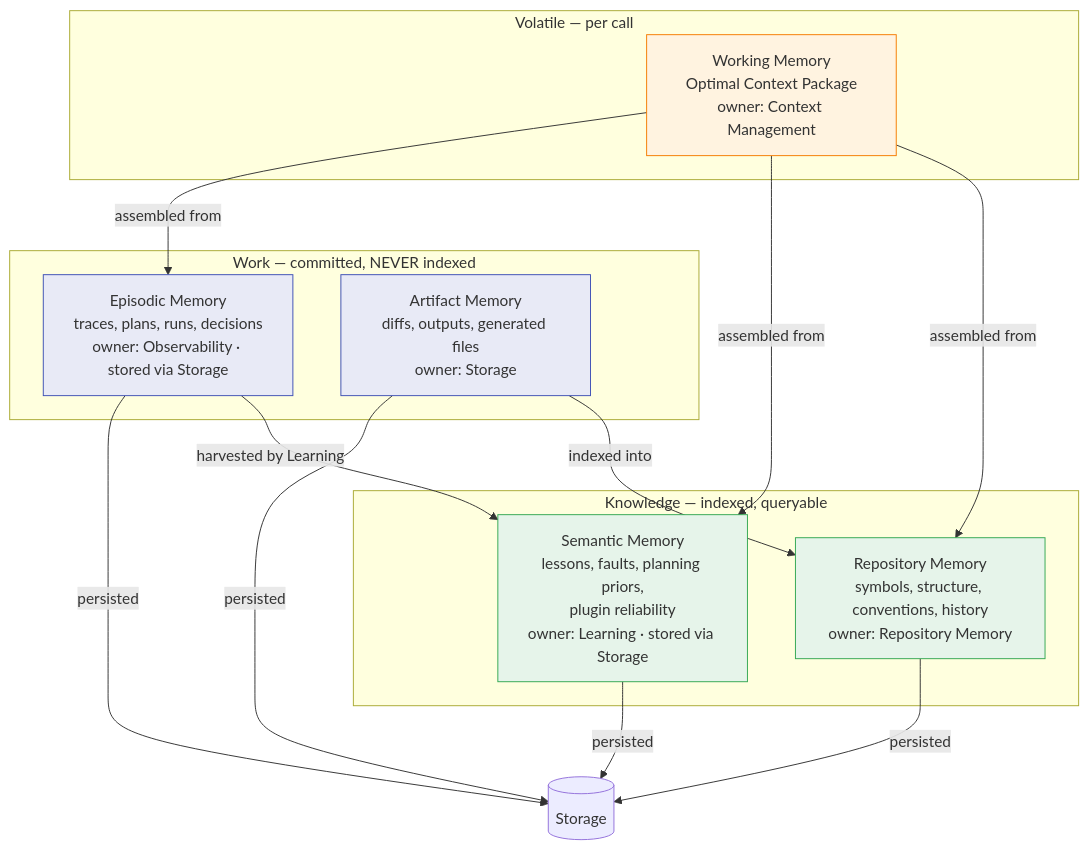
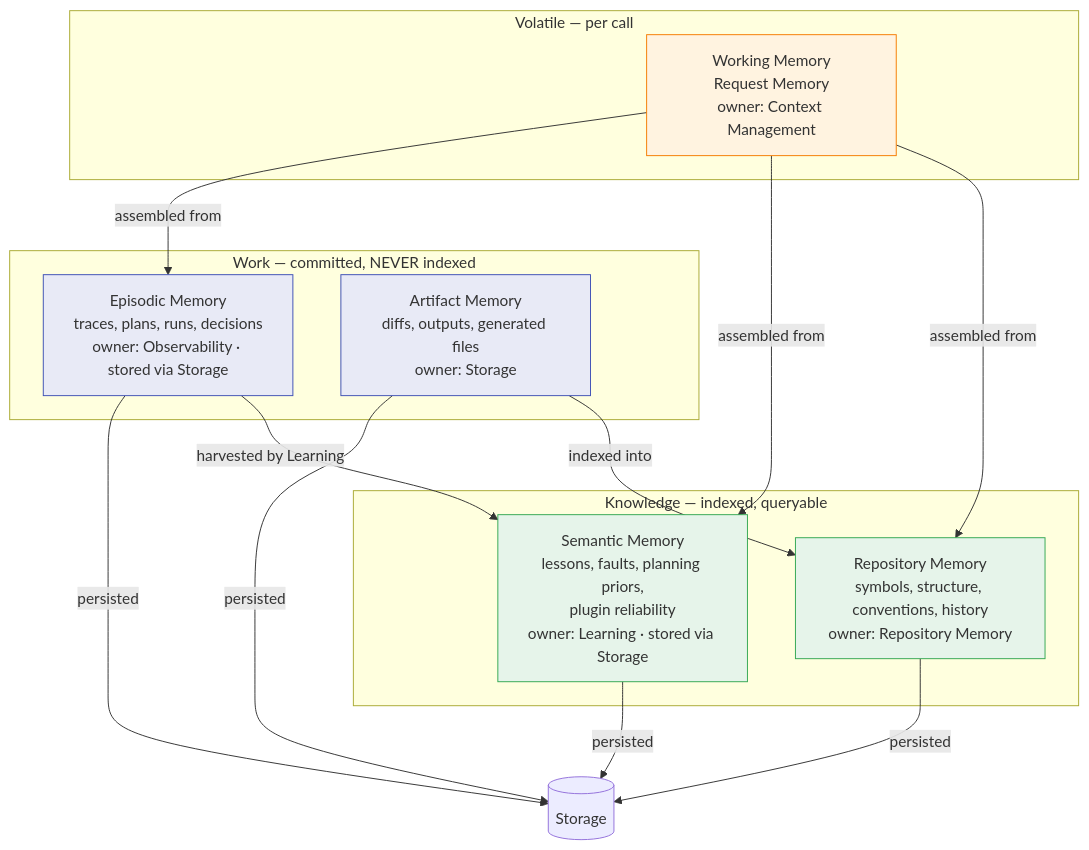
One commit to Vishnu-3727/ABSOLUTE-ZERO-2 changed the fourth of 10 diagrams in ARCHITECTURE.md. Above: the diagram before and after it, drawn with Mermaid. The commit also changed other lines of this file and 2 other files, not shown here.

First line of the commit message:
docs(cm): phase 0 — Context Manager implementation blueprint

````diff
--- a/ARCHITECTURE.md
+++ b/ARCHITECTURE.md
@@ -251,34 +251,34 @@
 ```mermaid
 flowchart TB
     subgraph Volatile["Volatile — per call"]
-        WM[Working Memory<br/>Optimal Context Package<br/>owner: Context Management]
+        WM[Working Memory<br/>Request Memory<br/>owner: Context Management]
     end
 
     subgraph Knowledge["Knowledge — indexed, queryable"]
         RM[Repository Memory<br/>symbols, structure, conventions, history<br/>owner: Repository Memory]
         SEM[Semantic Memory<br/>lessons, faults, planning priors,<br/>plugin reliability<br/>owner: Learning · stored via Storage]
     end
 
     subgraph Work["Work — committed, NEVER indexed"]
         EPI[Episodic Memory<br/>traces, plans, runs, decisions<br/>owner: Observability · stored via Storage]
         ART[Artifact Memory<br/>diffs, outputs, generated files<br/>owner: Storage]
     end
 
     WM -->|assembled from| RM
     WM -->|assembled from| SEM
     WM -->|assembled from| EPI
 
     EPI -->|harvested by Learning| SEM
     ART -->|indexed into| RM
     RM -->|persisted| ST[(Storage)]
     SEM -->|persisted| ST
     EPI -->|persisted| ST
     ART -->|persisted| ST
 
     classDef v fill:#fff3e0,stroke:#f57c00;
     classDef k fill:#e6f4ea,stroke:#34a853;
     classDef w fill:#e8eaf6,stroke:#3f51b5;
     class WM v;
     class RM,SEM k;
     class EPI,ART w;
 ```
````
